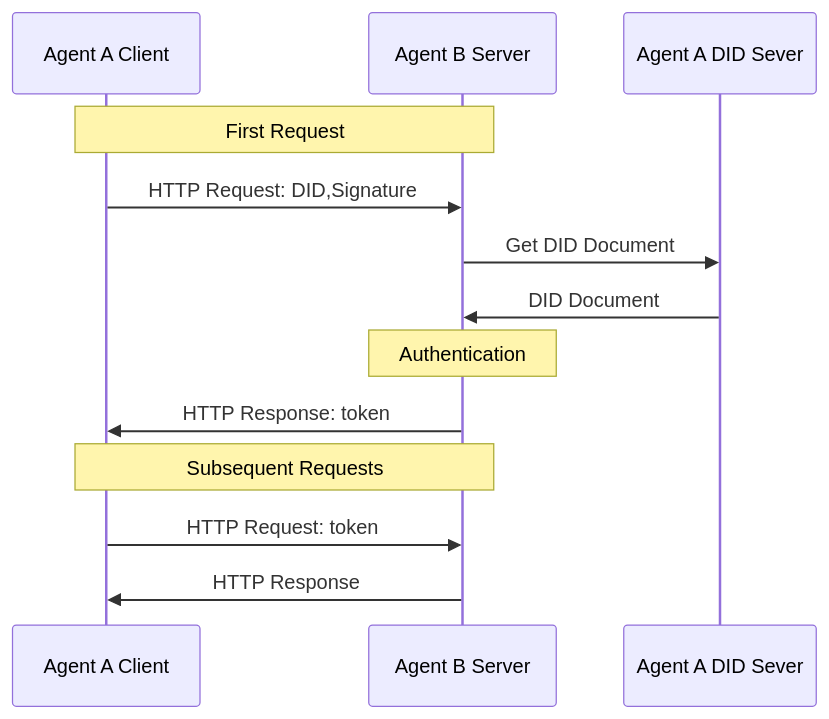
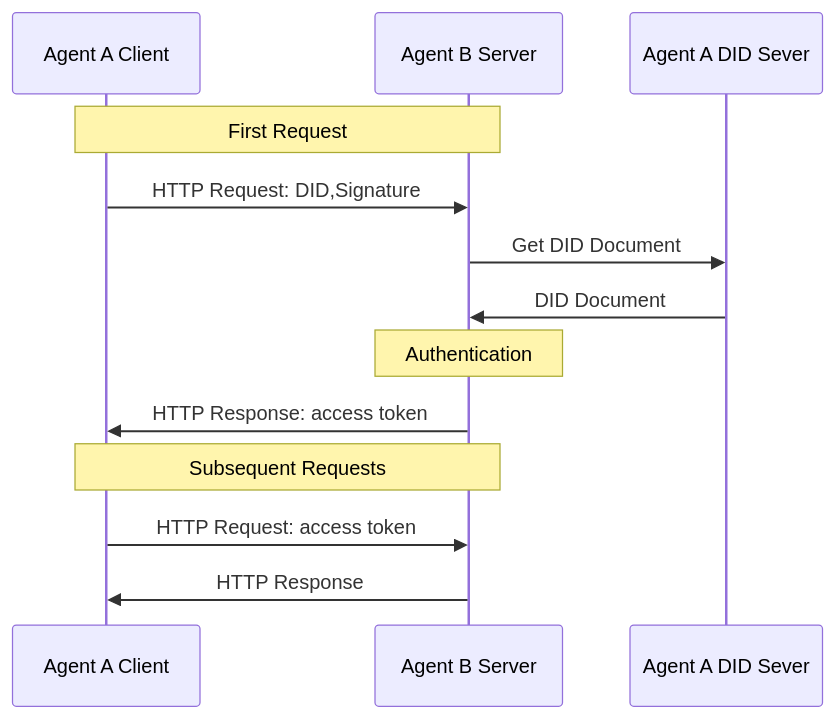
One commit to yumh1/AgentNetworkProtocol changed the first of 2 diagrams in 03-did:wba Method Design Specification.md. Above: the diagram before and after it, drawn with Mermaid. The commit also changed other lines of this file and 1 other file, not shown here.

Commit message:
modify token to access token

````diff
--- a/03-did:wba Method Design Specification.md
+++ b/03-did:wba Method Design Specification.md
@@ -218,21 +218,21 @@
 ```mermaid
 sequenceDiagram
     participant Agent A Client
     participant Agent B Server 
     participant Agent A DID Sever
 
     Note over Agent A Client,Agent B Server: First Request
 
     Agent A Client->>Agent B Server: HTTP Request: DID,Signature
     Agent B Server->>Agent A DID Sever: Get DID Document
     Agent A DID Sever->>Agent B Server: DID Document
 
     Note over Agent B Server: Authentication
 
-    Agent B Server->>Agent A Client: HTTP Response: token
+    Agent B Server->>Agent A Client: HTTP Response: access token
 
     Note over Agent A Client, Agent B Server: Subsequent Requests
 
-    Agent A Client->>Agent B Server: HTTP Request: token
+    Agent A Client->>Agent B Server: HTTP Request: access token
     Agent B Server->>Agent A Client: HTTP Response
 ```
````
